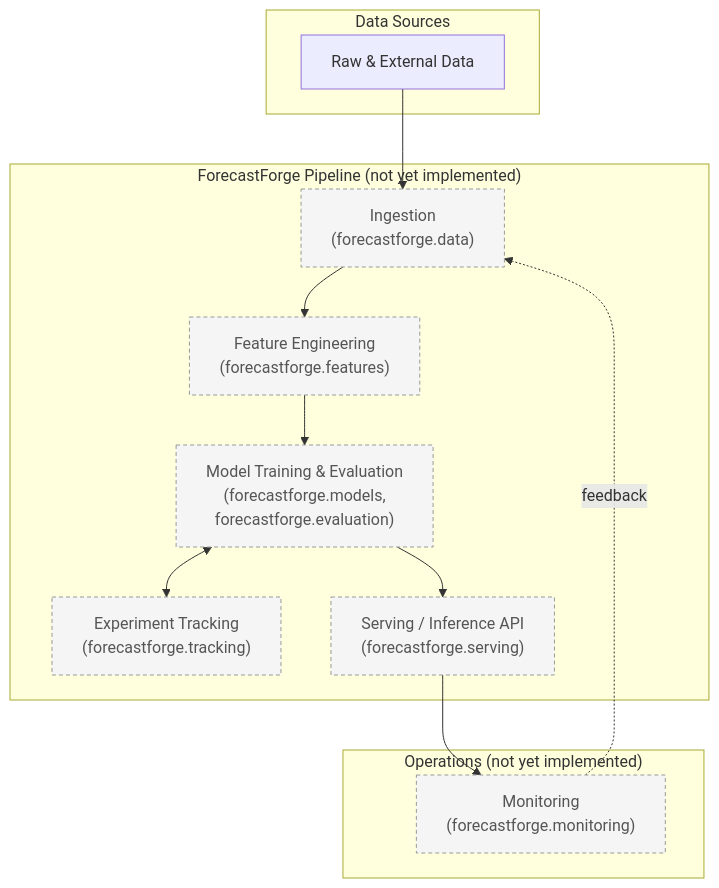
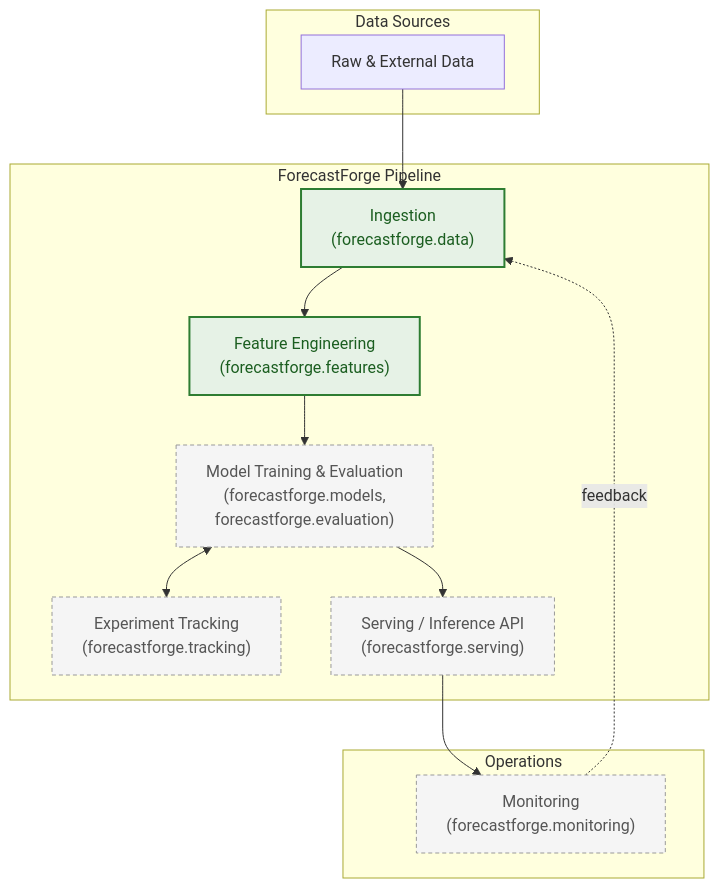
One commit to Abolfazlrwm/forecastforge changed the diagram in README.md. Above: the diagram before and after it, drawn with Mermaid. The commit also changed other lines of this file and 4 other files, not shown here.

````diff
--- a/README.md
+++ b/README.md
@@ -66,26 +65,28 @@
 ```mermaid
 flowchart TD
     subgraph sources["Data Sources"]
         A[Raw & External Data]
     end
 
-    subgraph pipeline["ForecastForge Pipeline (not yet implemented)"]
+    subgraph pipeline["ForecastForge Pipeline"]
         B["Ingestion<br/>(forecastforge.data)"]
         C["Feature Engineering<br/>(forecastforge.features)"]
         D["Model Training & Evaluation<br/>(forecastforge.models,<br/>forecastforge.evaluation)"]
         E["Experiment Tracking<br/>(forecastforge.tracking)"]
         F["Serving / Inference API<br/>(forecastforge.serving)"]
     end
 
-    subgraph ops["Operations (not yet implemented)"]
+    subgraph ops["Operations"]
         G["Monitoring<br/>(forecastforge.monitoring)"]
     end
 
     A --> B --> C --> D --> F
     D <--> E
     F --> G
     G -. feedback .-> B
 
+    classDef implemented fill:#e6f2e6,stroke:#2e7d32,stroke-width:2px,color:#1b5e20;
     classDef planned fill:#f5f5f5,stroke:#999,stroke-dasharray: 4 3,color:#555;
-    class B,C,D,E,F,G planned;
+    class B,C implemented;
+    class D,E,F,G planned;
 ```
````
